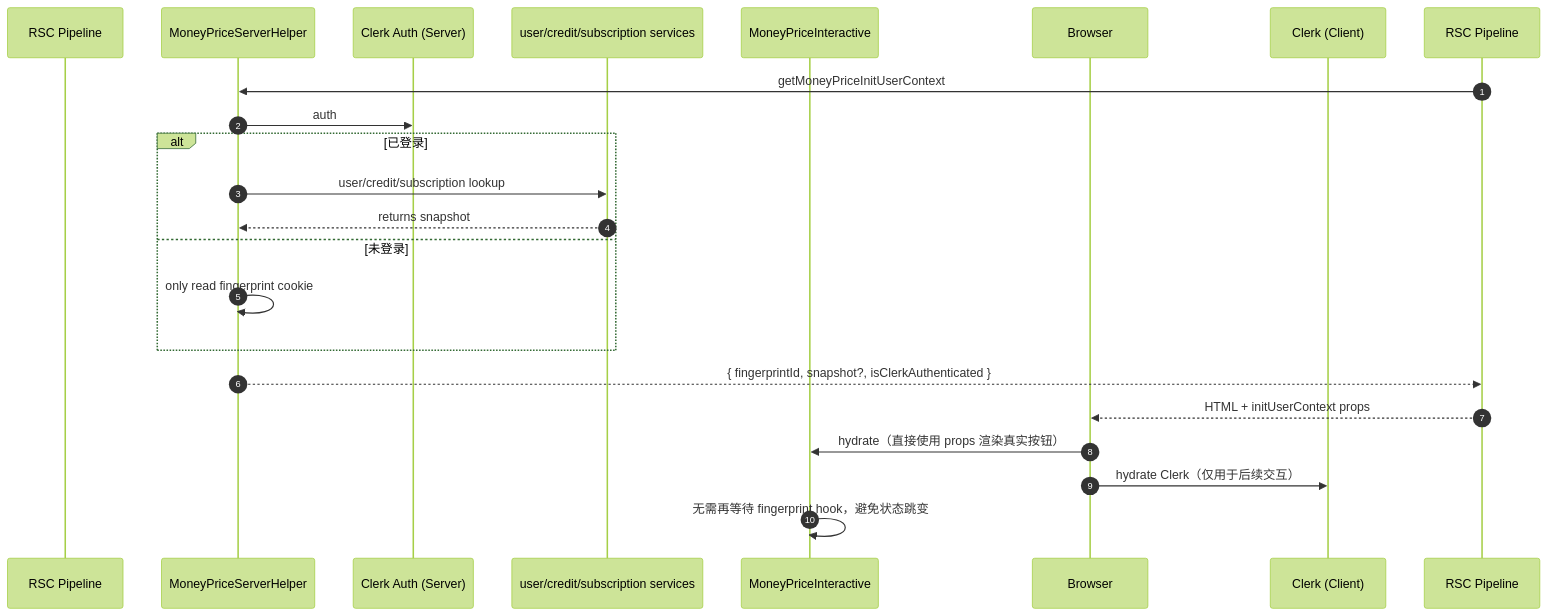
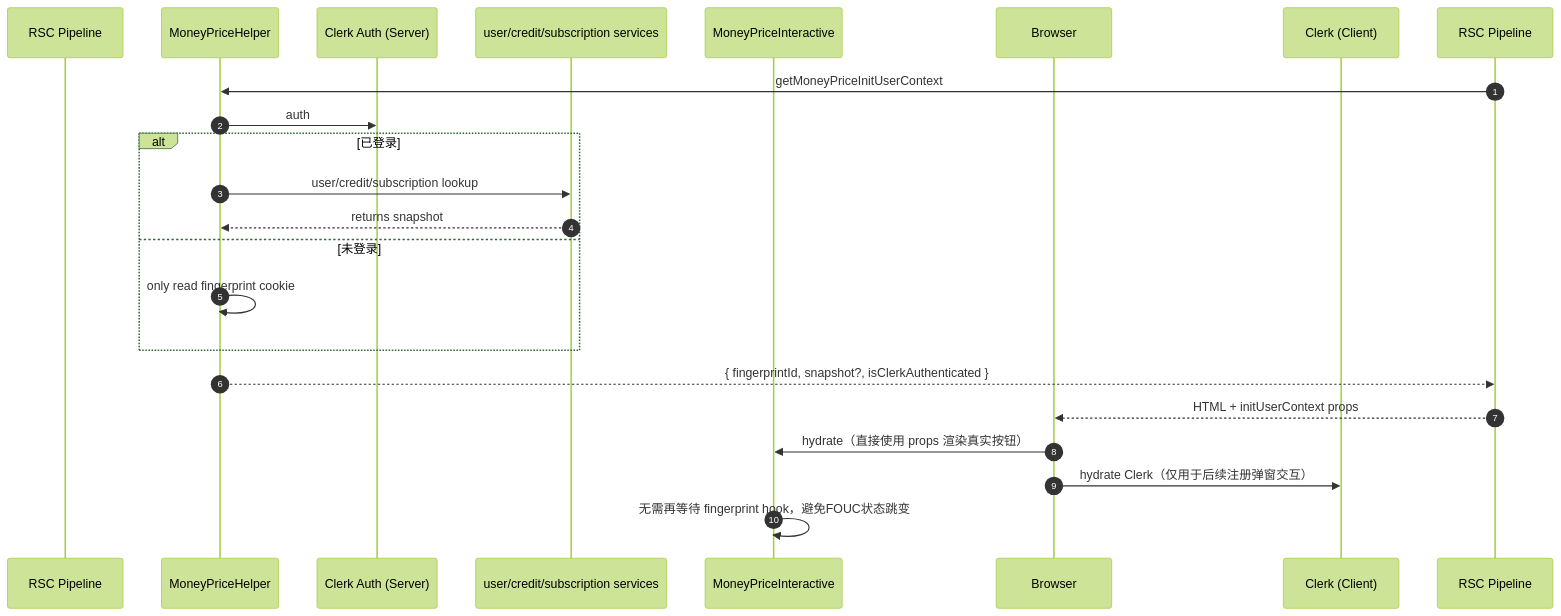
The third of 3 diagrams in docs/design/codex-money.md (PowerZCY/next-ai-build), drawn with Mermaid (forest theme) before and after one commit. The commit also changed other lines of this file and 7 other files, not shown here.

````diff
--- a/docs/design/codex-money.md
+++ b/docs/design/codex-money.md
@@ -237,25 +291,25 @@
 ```mermaid
 sequenceDiagram
     autonumber
     participant Server as RSC Pipeline
-    participant Helper as MoneyPriceServerHelper
+    participant Helper as MoneyPriceHelper
     participant Clerk as Clerk Auth (Server)
     participant DB as user/credit/subscription services
     participant MoneyPrice as MoneyPriceInteractive
     participant Browser as Browser
     participant ClerkClient as Clerk (Client)
 
     RSC Pipeline->>Helper: getMoneyPriceInitUserContext
     Helper->>Clerk: auth
     alt 已登录
         Helper->>DB: user/credit/subscription lookup
         DB-->>Helper: returns snapshot
     else 未登录
         Helper->>Helper: only read fingerprint cookie
     end
     Helper-->>RSC Pipeline: { fingerprintId, snapshot?, isClerkAuthenticated }
     RSC Pipeline-->>Browser: HTML + initUserContext props
     Browser->>MoneyPrice: hydrate（直接使用 props 渲染真实按钮）
-    Browser->>ClerkClient: hydrate Clerk（仅用于后续交互）
-    MoneyPrice->>MoneyPrice: 无需再等待 fingerprint hook，避免状态跳变
+    Browser->>ClerkClient: hydrate Clerk（仅用于后续注册弹窗交互）
+    MoneyPrice->>MoneyPrice: 无需再等待 fingerprint hook，避免FOUC状态跳变
 ```
````
